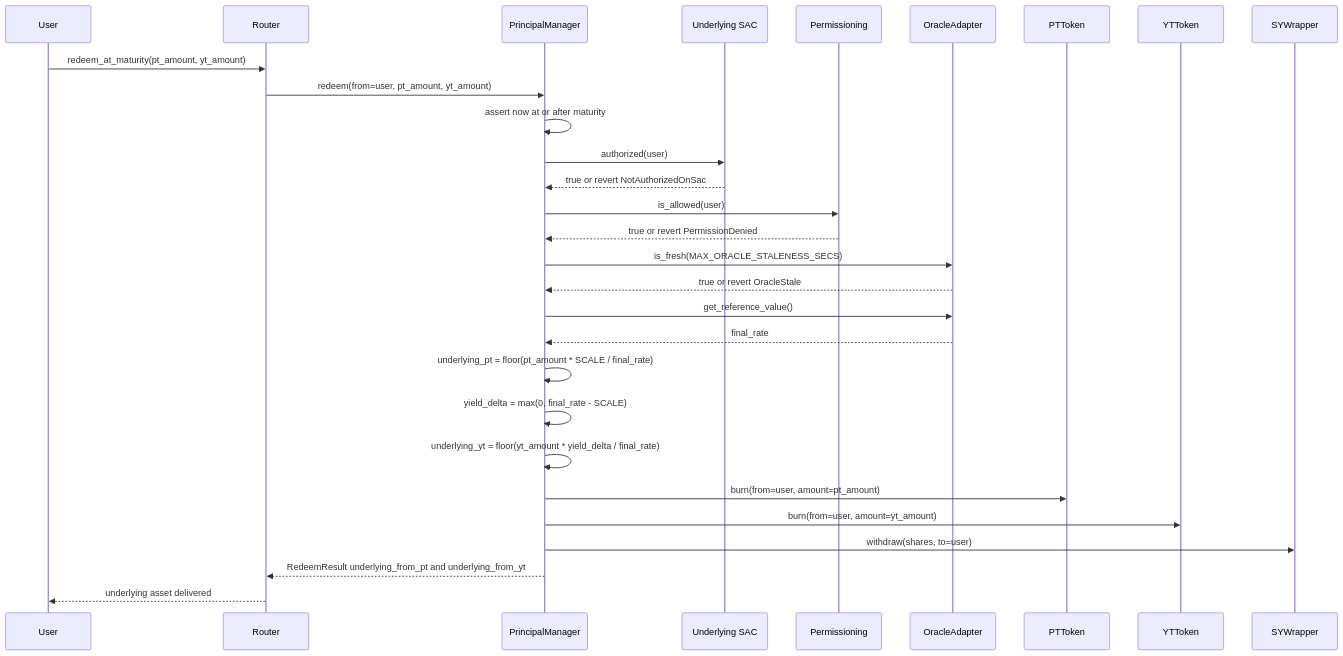
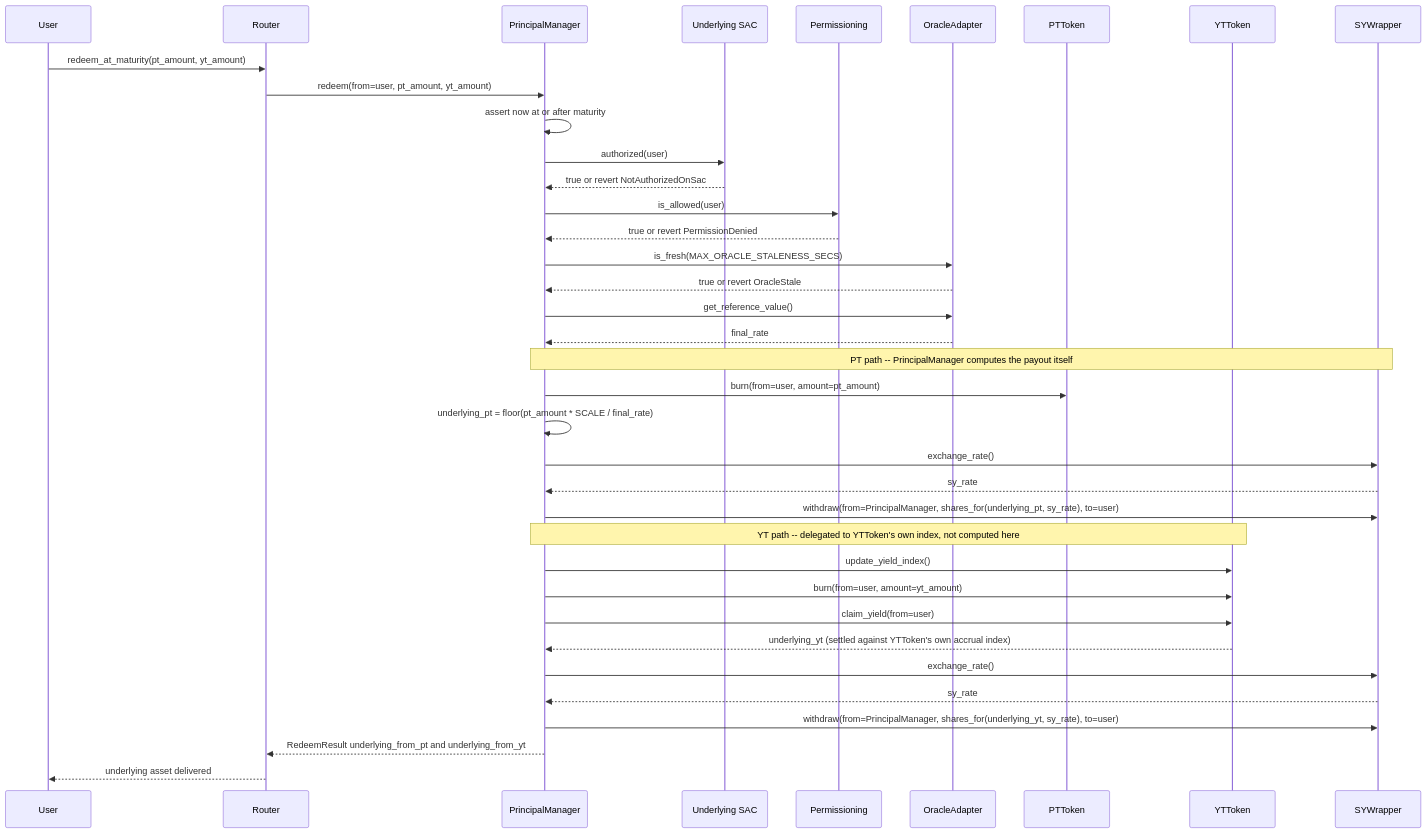
One commit to principal-Protocol-org/principal changed the fifth of 9 diagrams in ARCHITECTURE.md. Above: the diagram before and after it, drawn with Mermaid. The commit also changed other lines of this file and 6 other files, not shown here.

````diff
--- a/ARCHITECTURE.md
+++ b/ARCHITECTURE.md
@@ -237,32 +239,40 @@
 ```mermaid
 sequenceDiagram
     participant U as User
     participant RT as Router
     participant PM as PrincipalManager
     participant UND as Underlying SAC
     participant PERM as Permissioning
     participant OA as OracleAdapter
     participant PT as PTToken
     participant YT as YTToken
     participant SYW as SYWrapper
 
     U->>RT: redeem_at_maturity(pt_amount, yt_amount)
     RT->>PM: redeem(from=user, pt_amount, yt_amount)
     PM->>PM: assert now at or after maturity
     PM->>UND: authorized(user)
     UND-->>PM: true or revert NotAuthorizedOnSac
     PM->>PERM: is_allowed(user)
     PERM-->>PM: true or revert PermissionDenied
     PM->>OA: is_fresh(MAX_ORACLE_STALENESS_SECS)
     OA-->>PM: true or revert OracleStale
     PM->>OA: get_reference_value()
     OA-->>PM: final_rate
+    Note over PM,SYW: PT path -- PrincipalManager computes the payout itself
+    PM->>PT: burn(from=user, amount=pt_amount)
     PM->>PM: underlying_pt = floor(pt_amount * SCALE / final_rate)
-    PM->>PM: yield_delta  = max(0, final_rate - SCALE)
-    PM->>PM: underlying_yt = floor(yt_amount * yield_delta / final_rate)
-    PM->>PT: burn(from=user, amount=pt_amount)
+    PM->>SYW: exchange_rate()
+    SYW-->>PM: sy_rate
+    PM->>SYW: withdraw(from=PrincipalManager, shares_for(underlying_pt, sy_rate), to=user)
+    Note over PM,YT: YT path -- delegated to YTToken's own index, not computed here
+    PM->>YT: update_yield_index()
     PM->>YT: burn(from=user, amount=yt_amount)
-    PM->>SYW: withdraw(shares, to=user)
+    PM->>YT: claim_yield(from=user)
+    YT-->>PM: underlying_yt (settled against YTToken's own accrual index)
+    PM->>SYW: exchange_rate()
+    SYW-->>PM: sy_rate
+    PM->>SYW: withdraw(from=PrincipalManager, shares_for(underlying_yt, sy_rate), to=user)
     PM-->>RT: RedeemResult underlying_from_pt and underlying_from_yt
     RT-->>U: underlying asset delivered
 ```
````
